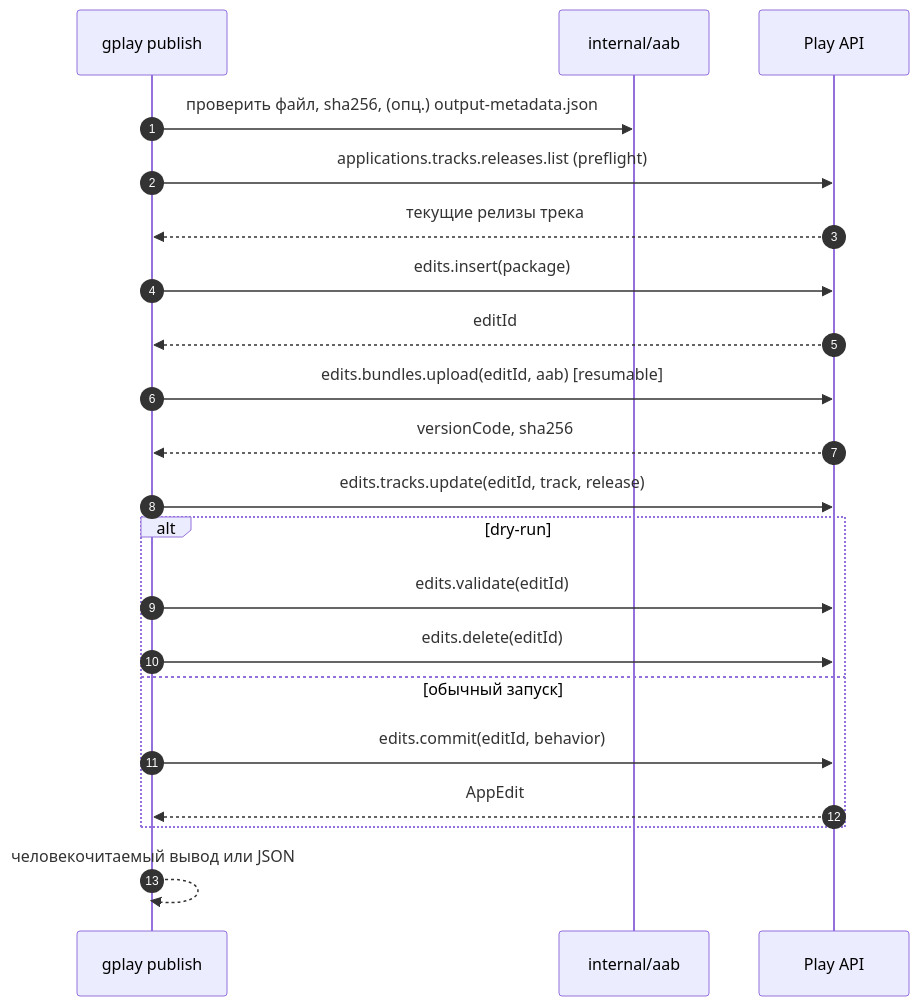
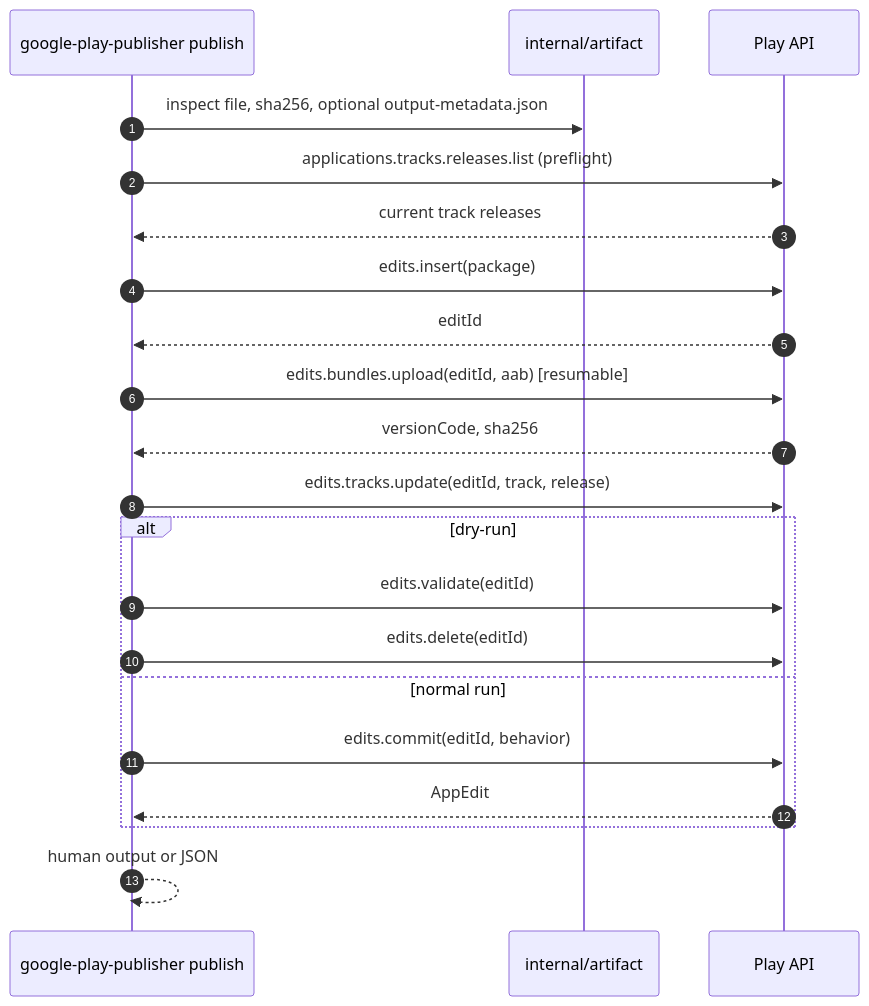
The diagram in docs/02-architecture.md (actions-marketplace-validations/vyachin_google-play-publisher), drawn with Mermaid before and after one commit. The commit also changed other lines of this file and 13 other files, not shown here.

````diff
--- a/docs/02-architecture.md
+++ b/docs/02-architecture.md
@@ -67,24 +72,24 @@
 ```mermaid
 sequenceDiagram
     autonumber
-    participant CLI as gplay publish
-    participant AAB as internal/aab
+    participant CLI as google-play-publisher publish
+    participant AAB as internal/artifact
     participant API as Play API
 
-    CLI->>AAB: проверить файл, sha256, (опц.) output-metadata.json
+    CLI->>AAB: inspect file, sha256, optional output-metadata.json
     CLI->>API: applications.tracks.releases.list (preflight)
-    API-->>CLI: текущие релизы трека
+    API-->>CLI: current track releases
     CLI->>API: edits.insert(package)
     API-->>CLI: editId
     CLI->>API: edits.bundles.upload(editId, aab) [resumable]
     API-->>CLI: versionCode, sha256
     CLI->>API: edits.tracks.update(editId, track, release)
     alt dry-run
         CLI->>API: edits.validate(editId)
         CLI->>API: edits.delete(editId)
-    else обычный запуск
+    else normal run
         CLI->>API: edits.commit(editId, behavior)
         API-->>CLI: AppEdit
     end
-    CLI-->>CLI: человекочитаемый вывод или JSON
+    CLI-->>CLI: human output or JSON
 ```
````
